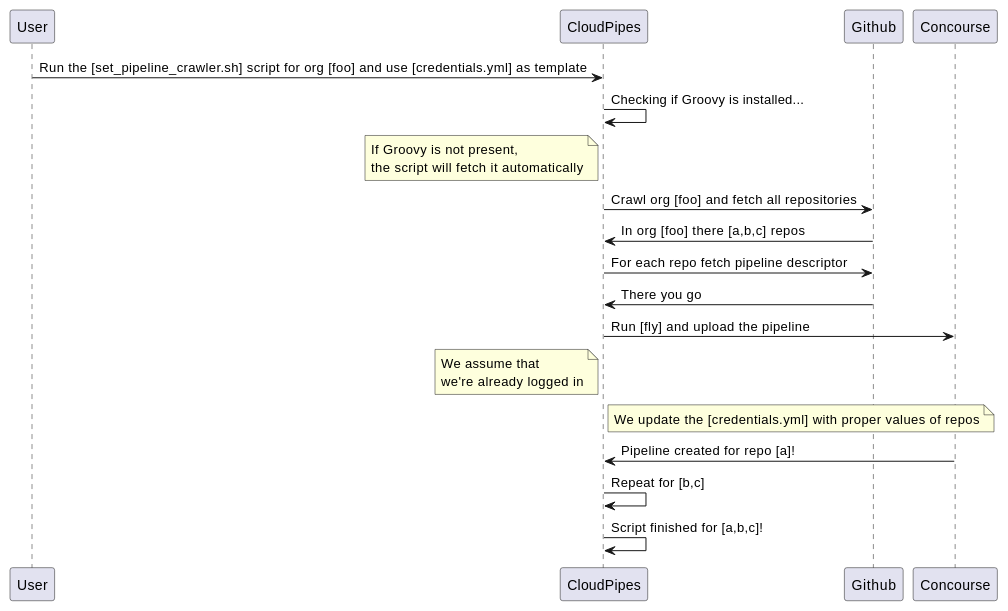
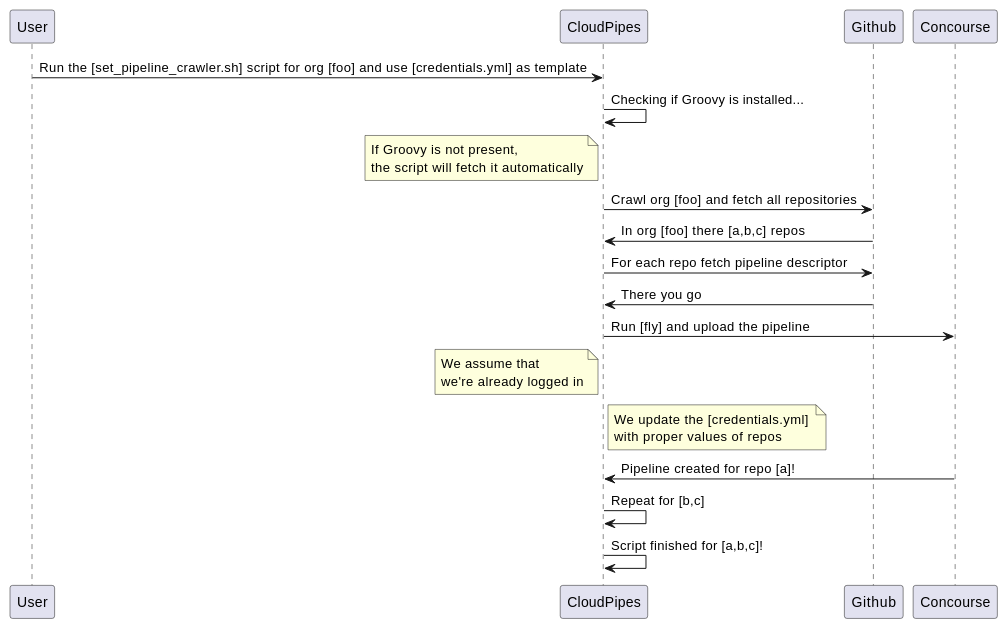
Before and after one commit to spring-attic/cloudpipelines-concourse: the diagram in docs-sources/src/main/asciidoc/INTRO.adoc, drawn with PlantUML. The commit also changed 5 other files, not shown here.

```diff
--- a/docs-sources/src/main/asciidoc/INTRO.adoc
+++ b/docs-sources/src/main/asciidoc/INTRO.adoc
@@ -65,16 +65,16 @@
 [plantuml, crawler, png]
 ----
 User->CloudPipes: Run the [set_pipeline_crawler.sh] script for org [foo] and use [credentials.yml] as template
 CloudPipes->CloudPipes: Checking if Groovy is installed...
 note left of CloudPipes: If Groovy is not present, \nthe script will fetch it automatically
 CloudPipes->Github: Crawl org [foo] and fetch all repositories
 Github->CloudPipes: In org [foo] there [a,b,c] repos
 CloudPipes->Github: For each repo fetch pipeline descriptor
 Github->CloudPipes: There you go
 CloudPipes->Concourse: Run [fly] and upload the pipeline
 note left of CloudPipes: We assume that \nwe're already logged in
-note right of CloudPipes: We update the [credentials.yml] with proper values of repos
+note right of CloudPipes: We update the [credentials.yml] \nwith proper values of repos
 Concourse->CloudPipes: Pipeline created for repo [a]!
 CloudPipes->CloudPipes: Repeat for [b,c]
 CloudPipes->CloudPipes: Script finished for [a,b,c]!
 ----
```
